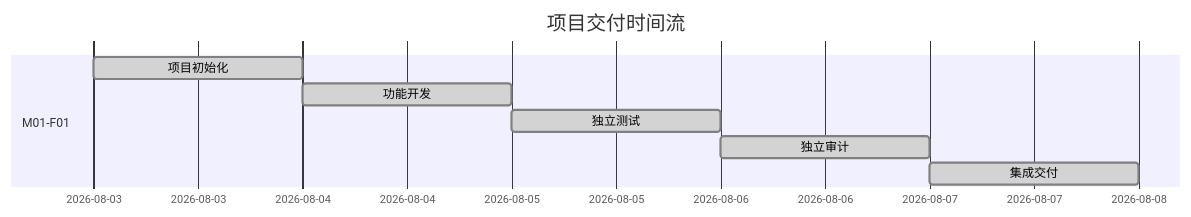
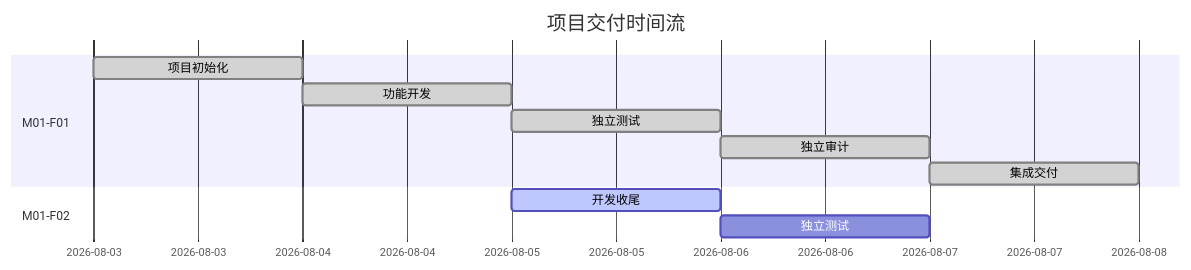
One commit to 23Lm-star/Calculator-Plugin changed the diagram in docs/ai-workflow/项目时间流.md. Above: the diagram before and after it, drawn with Mermaid. The commit also changed other lines of this file and 35 other files, not shown here.

````diff
--- a/docs/ai-workflow/项目时间流.md
+++ b/docs/ai-workflow/项目时间流.md
@@ -3,11 +3,14 @@
 ```mermaid
 gantt
     title 项目交付时间流
     dateFormat  YYYY-MM-DD
     section M01-F01
     项目初始化 :done, init, 2026-08-03, 1d
     功能开发 :done, dev, after init, 1d
     独立测试 :done, test, after dev, 1d
     独立审计 :done, audit, after test, 1d
     集成交付 :done, delivery, after audit, 1d
+    section M01-F02
+    开发收尾 :active, v11dev, 2026-08-05, 1d
+    独立测试 : v11test, after v11dev, 1d
 ```
````
